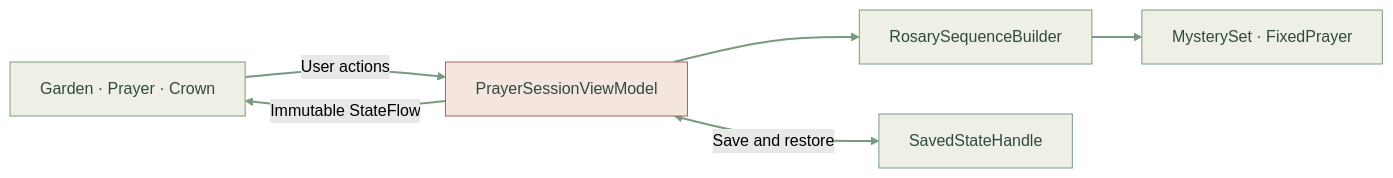
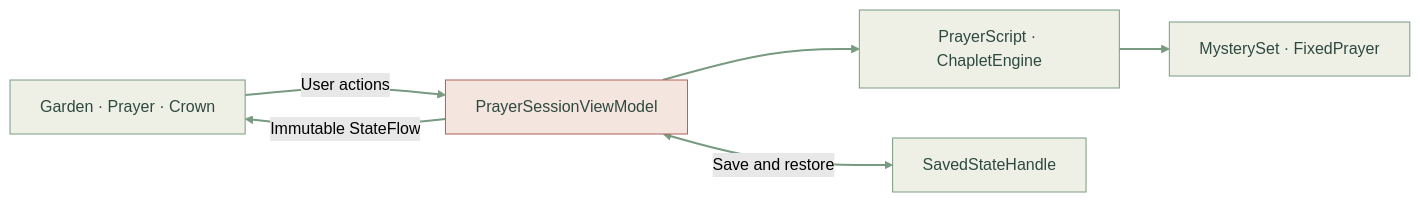
Before and after one commit to mariajunqueiramirandas-cpu/Sertum-Rosarum: the diagram in README.md, drawn with Mermaid (forest theme). The commit also changed other lines of this file and 38 other files, not shown here.

Commit message:
Complete Phase 2 prayer scripts, contemplations, and chaplet engine

````diff
--- a/README.md
+++ b/README.md
@@ -263,13 +268,13 @@
 ```mermaid
 flowchart LR
     UI["Garden · Prayer · Crown"] -->|User actions| VM["PrayerSessionViewModel"]
     VM -->|Immutable StateFlow| UI
-    VM --> Engine["RosarySequenceBuilder"]
+    VM --> Engine["PrayerScript · ChapletEngine"]
     Engine --> Content["MysterySet · FixedPrayer"]
     VM <-->|Save and restore| Saved["SavedStateHandle"]
     classDef garden fill:#EEF0E6,stroke:#789A81,color:#2F493E
     classDef rose fill:#F5E5DF,stroke:#AB625C,color:#2F493E
     class UI,Engine,Content,Saved garden
     class VM rose
     linkStyle default stroke:#789A81,stroke-width:2px
 ```
````
